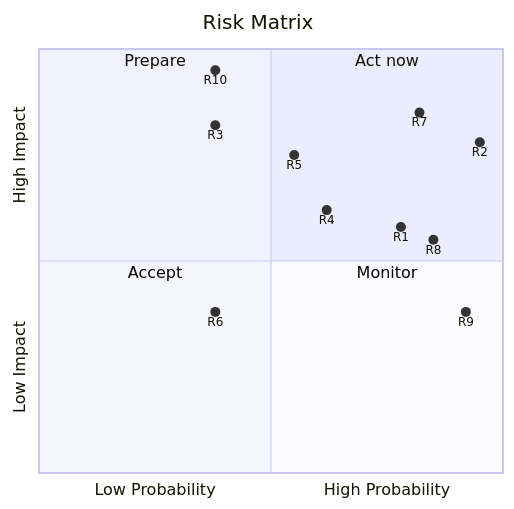
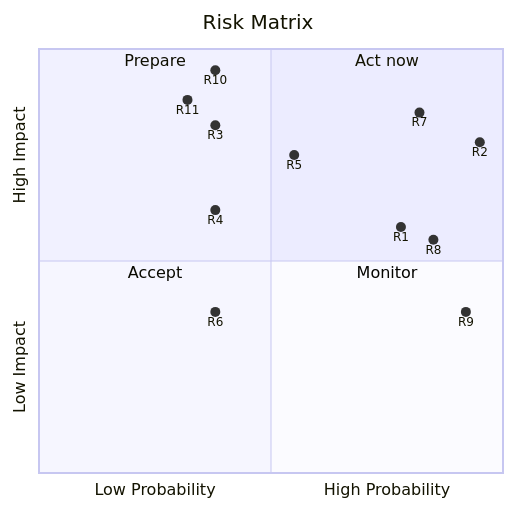
The diagram in documents/03_Project_overview/301_project_management.md (JJotace/JJotace.github.io), drawn with Mermaid before and after one commit. The commit also changed other lines of this file and 4 other files, not shown here.

````diff
--- a/documents/03_Project_overview/301_project_management.md
+++ b/documents/03_Project_overview/301_project_management.md
@@ -157,20 +158,21 @@
 ```mermaid
 quadrantChart
     title Risk Matrix
     x-axis Low Probability --> High Probability
     y-axis Low Impact --> High Impact
     quadrant-1 Act now
     quadrant-2 Prepare
     quadrant-3 Accept
     quadrant-4 Monitor
     R1: [0.78, 0.58]
     R2: [0.95, 0.78]
     R3: [0.38, 0.82]
-    R4: [0.62, 0.62]
+    R4: [0.38, 0.62]
     R5: [0.55, 0.75]
     R6: [0.38, 0.38]
     R7: [0.82, 0.85]
     R8: [0.85, 0.55]
     R9: [0.92, 0.38]
     R10: [0.38, 0.95]
+    R11: [0.32, 0.88]
 ```
````
